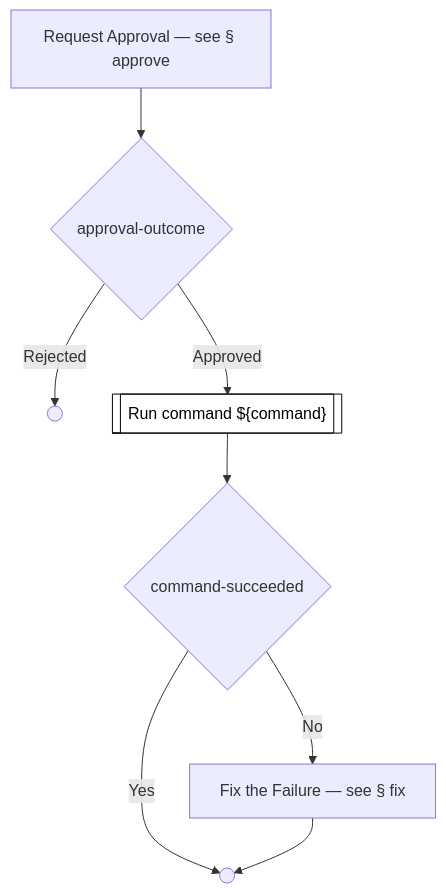
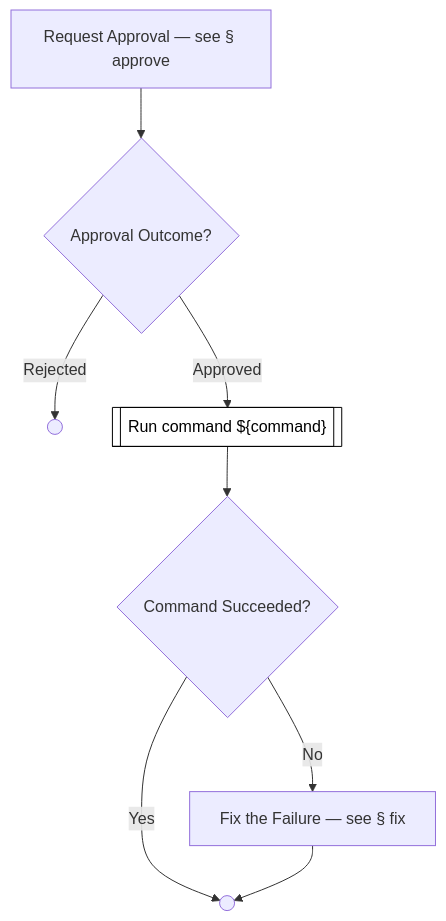
One commit to optivem/gh-optivem changed diagram 48 of 53 in docs/process-diagram.md. Above: the diagram before and after it, drawn with Mermaid. The commit also changed other lines of this file and 16 other files, not shown here.

Commit message:
atdd: regenerate process-flow diagram

````diff
--- a/docs/process-diagram.md
+++ b/docs/process-diagram.md
@@ -754,21 +785,21 @@
 ```mermaid
 flowchart TD
     APPROVE_PRE[Request Approval — see § approve]
     EXECUTE_COMMAND_END(( ))
     EXECUTE_COMMAND_REJECTED_END(( ))
     FIX[Fix the Failure — see § fix]
-    GATE_APPROVED_PRE{approval-outcome}
-    GATE_COMMAND_SUCCEEDED{command-succeeded}
+    GATE_APPROVED_PRE{Approval Outcome?}
+    GATE_COMMAND_SUCCEEDED{Command Succeeded?}
     RUN_COMMAND[["Run command ${command}"]]
 
     APPROVE_PRE --> GATE_APPROVED_PRE
     GATE_APPROVED_PRE -- Approved --> RUN_COMMAND
     GATE_APPROVED_PRE -- Rejected --> EXECUTE_COMMAND_REJECTED_END
     RUN_COMMAND --> GATE_COMMAND_SUCCEEDED
     GATE_COMMAND_SUCCEEDED -- Yes --> EXECUTE_COMMAND_END
     GATE_COMMAND_SUCCEEDED -- No --> FIX
     FIX --> EXECUTE_COMMAND_END
 
     classDef serviceNode fill:#ffffff,stroke:#000000,stroke-width:1px,color:#000000
     class RUN_COMMAND serviceNode
 ```
````
